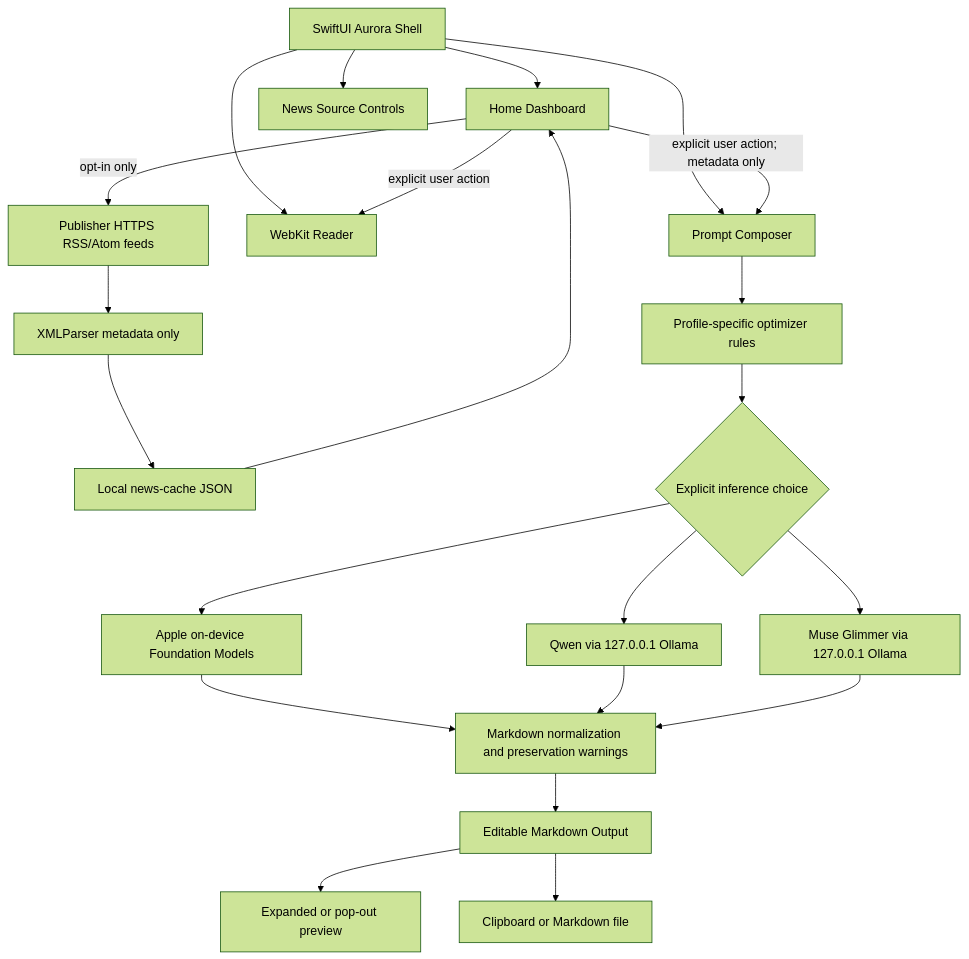
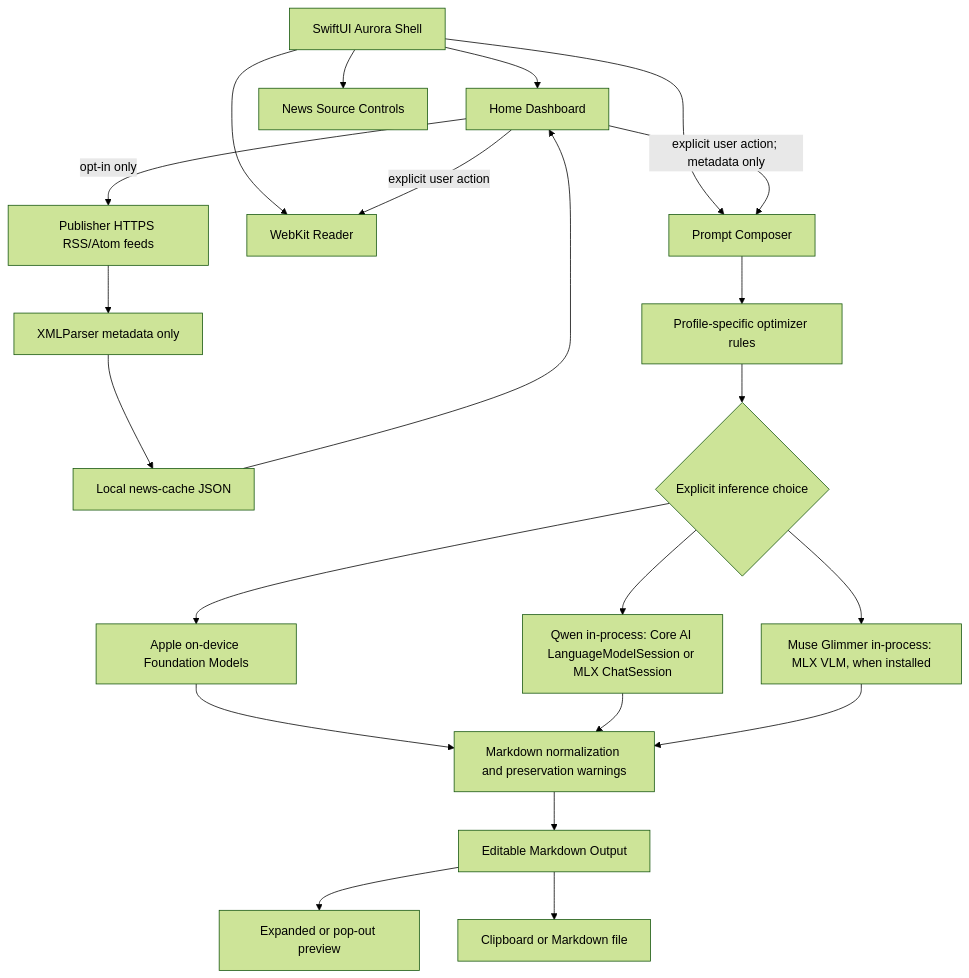
The diagram in Documentation/ARCHITECTURE.md (dulayne-sys/HItFluence-PromptOptimizer), drawn with Mermaid (forest theme) before and after one commit. The commit also changed other lines of this file and 24 other files, not shown here.

````diff
--- a/Documentation/ARCHITECTURE.md
+++ b/Documentation/ARCHITECTURE.md
@@ -5,24 +5,24 @@
 ```mermaid
 flowchart TD
    NAV[SwiftUI Aurora Shell] --> HOME[Home Dashboard]
    NAV --> PROMPT[Prompt Composer]
    NAV --> BROWSER[WebKit Reader]
    NAV --> SETTINGS[News Source Controls]
    HOME -->|opt-in only| FEEDS[Publisher HTTPS RSS/Atom feeds]
    FEEDS --> PARSER[XMLParser metadata only]
    PARSER --> CACHE[Local news-cache JSON]
    CACHE --> HOME
    HOME -->|explicit user action| BROWSER
    HOME -->|explicit user action; metadata only| PROMPT
    PROMPT --> RULES[Profile-specific optimizer rules]
    RULES --> ROUTER{Explicit inference choice}
    ROUTER --> AFM[Apple on-device Foundation Models]
-   ROUTER --> QWEN[Qwen via 127.0.0.1 Ollama]
-   ROUTER --> GLIMMER[Muse Glimmer via 127.0.0.1 Ollama]
+   ROUTER --> QWEN[Qwen in-process: Core AI LanguageModelSession or MLX ChatSession]
+   ROUTER --> GLIMMER[Muse Glimmer in-process: MLX VLM, when installed]
    AFM --> VALIDATION[Markdown normalization and preservation warnings]
    QWEN --> VALIDATION
    GLIMMER --> VALIDATION
    VALIDATION --> OUTPUT[Editable Markdown Output]
    OUTPUT --> EXPAND[Expanded or pop-out preview]
    OUTPUT --> EXPORT[Clipboard or Markdown file]
 ```
````
